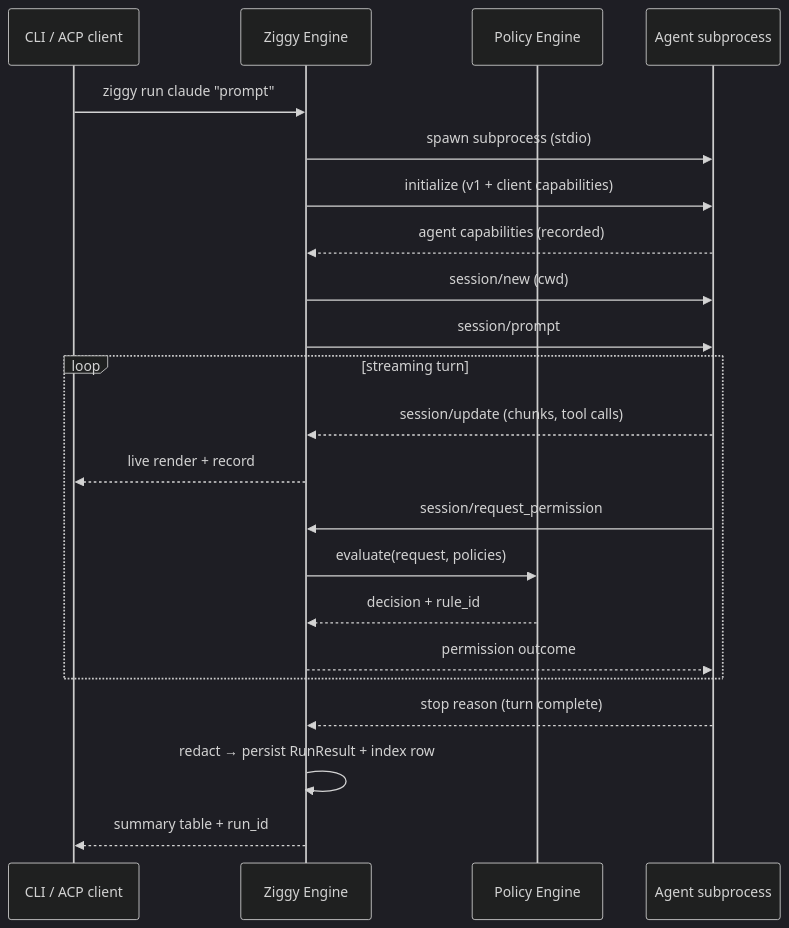
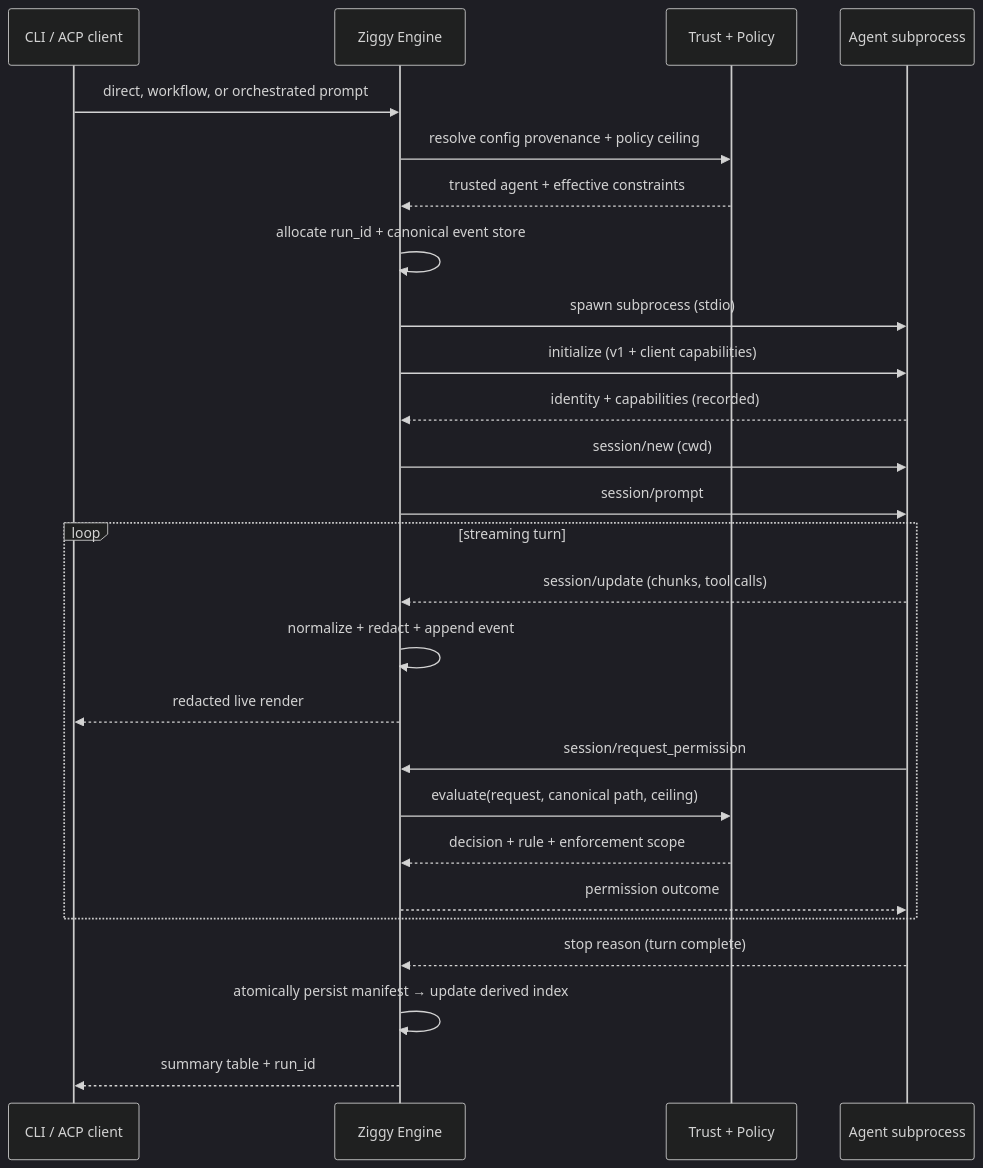
The fifth of 5 diagrams in specs/ziggy-mvp-SPEC.md (sequenzia/ziggy), drawn with Mermaid (dark theme) before and after one commit. The commit also changed other lines of this file, not shown here.

````diff
--- a/specs/ziggy-mvp-SPEC.md
+++ b/specs/ziggy-mvp-SPEC.md
@@ -708,25 +862,29 @@
 ```mermaid
 sequenceDiagram
     participant U as CLI / ACP client
     participant E as Ziggy Engine
-    participant P as Policy Engine
+    participant T as Trust + Policy
     participant A as Agent subprocess
 
-    U->>E: ziggy run claude "prompt"
+    U->>E: direct, workflow, or orchestrated prompt
+    E->>T: resolve config provenance + policy ceiling
+    T-->>E: trusted agent + effective constraints
+    E->>E: allocate run_id + canonical event store
     E->>A: spawn subprocess (stdio)
     E->>A: initialize (v1 + client capabilities)
-    A-->>E: agent capabilities (recorded)
+    A-->>E: identity + capabilities (recorded)
     E->>A: session/new (cwd)
     E->>A: session/prompt
     loop streaming turn
         A-->>E: session/update (chunks, tool calls)
-        E-->>U: live render + record
+        E->>E: normalize + redact + append event
+        E-->>U: redacted live render
         A->>E: session/request_permission
-        E->>P: evaluate(request, policies)
-        P-->>E: decision + rule_id
+        E->>T: evaluate(request, canonical path, ceiling)
+        T-->>E: decision + rule + enforcement scope
         E-->>A: permission outcome
     end
     A-->>E: stop reason (turn complete)
-    E->>E: redact → persist RunResult + index row
+    E->>E: atomically persist manifest → update derived index
     E-->>U: summary table + run_id
 ```
````
